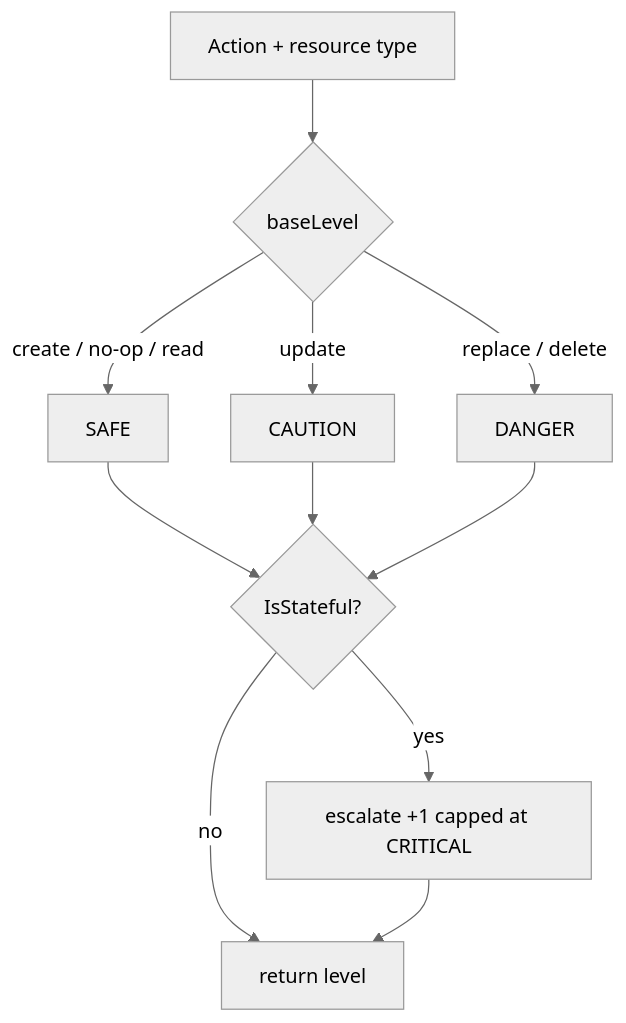
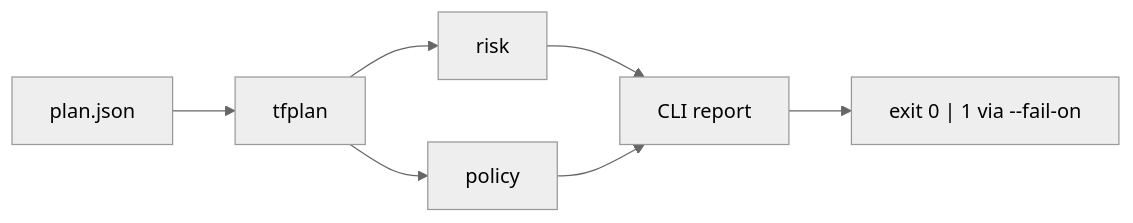
The diagram in README.md (SamyBaouche/iac-sentinel), drawn with Mermaid (neutral theme) before and after one commit. The commit also changed other lines of this file and 26 other files, not shown here.

````diff
--- a/README.md
+++ b/README.md
@@ -310,13 +19,9 @@
 ```mermaid
-flowchart TD
-  A[Action + resource type] --> B{baseLevel}
-  B -->|create / no-op / read| S[SAFE]
-  B -->|update| C[CAUTION]
-  B -->|replace / delete| D[DANGER]
-  S --> E{IsStateful?}
-  C --> E
+flowchart LR
+  A[plan.json] --> B[tfplan]
+  B --> C[risk]
+  B --> D[policy]
+  C --> E[CLI report]
   D --> E
-  E -->|no| F[return level]
-  E -->|yes| G[escalate +1 capped at CRITICAL]
-  G --> F
+  E --> F["exit 0 | 1 via --fail-on"]
 ```
````
